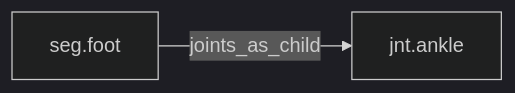
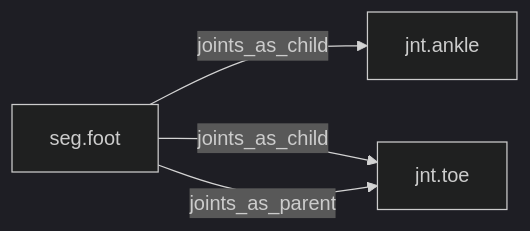
The diagram in thread/dossiers/seg.foot.md (JoeCiampa3/freyja), drawn with Mermaid (dark theme) before and after one commit. The commit also changed other lines of this file and 30 other files, not shown here.

````diff
--- a/thread/dossiers/seg.foot.md
+++ b/thread/dossiers/seg.foot.md
@@ -68,6 +69,9 @@
 ```mermaid
 graph LR
   n0["seg.foot"]
   n1["jnt.ankle"]
+  n2["jnt.toe"]
   n0 -->|joints_as_child| n1
+  n0 -->|joints_as_child| n2
+  n0 -->|joints_as_parent| n2
 ```
````
